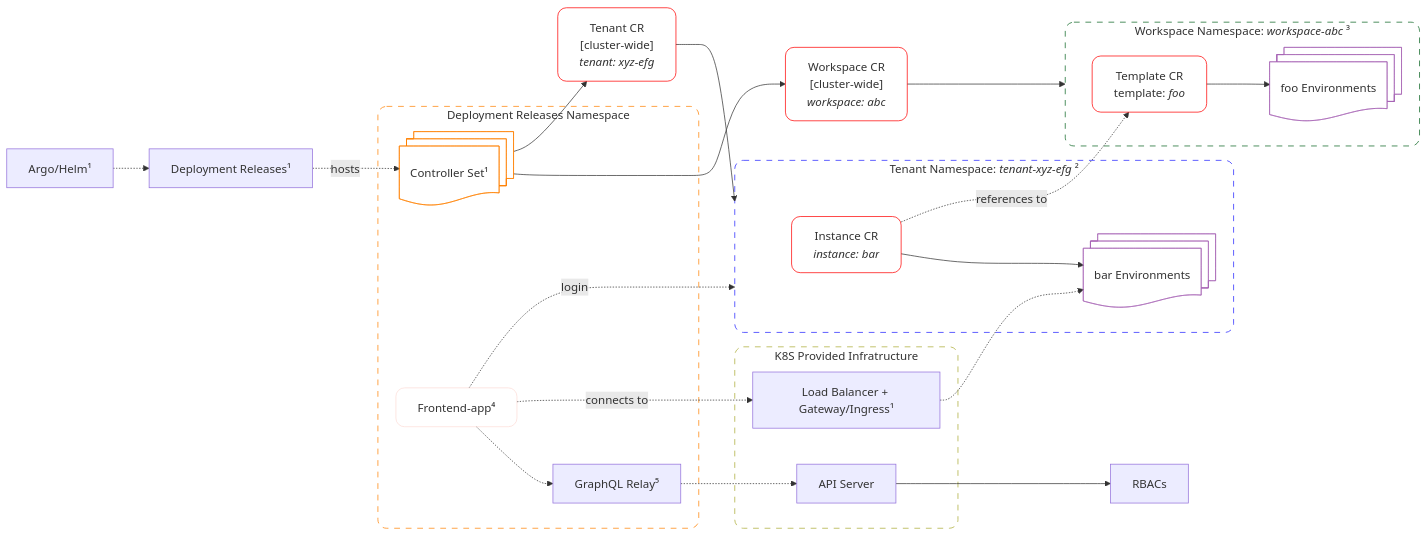
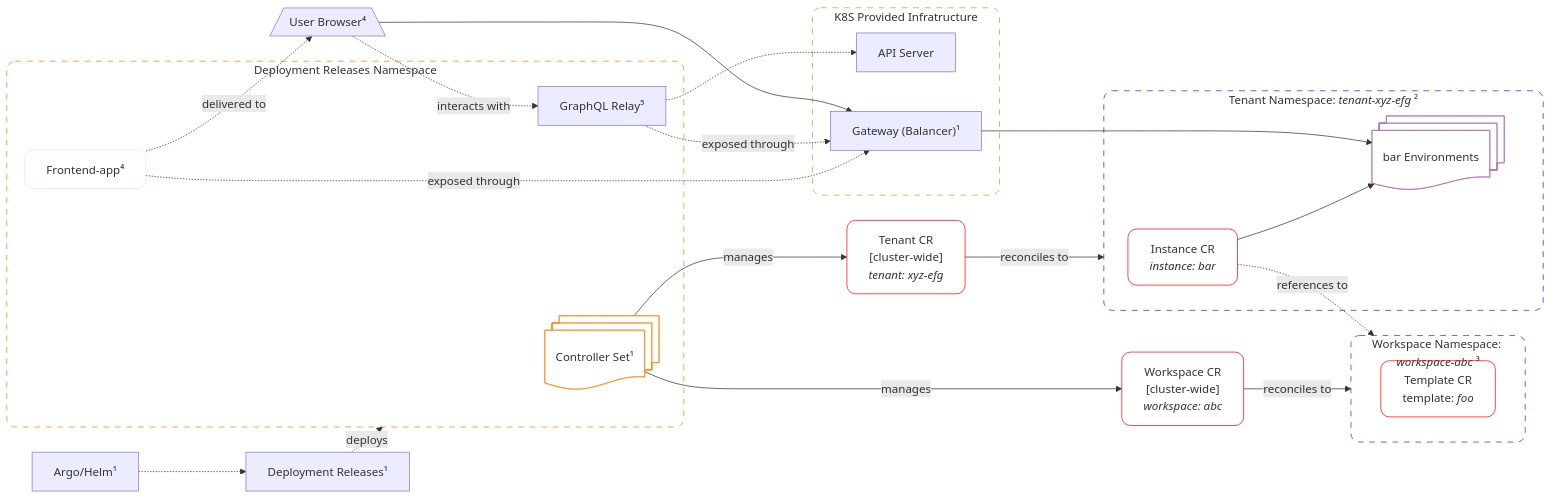
Before and after one commit to netgroup-polito/CrownLabs: the second of 8 diagrams in BIGPICTURE.md, drawn with Mermaid. The commit also changed other lines of this file, not shown here.

````diff
--- a/BIGPICTURE.md
+++ b/BIGPICTURE.md
@@ -43,70 +21,71 @@
 ```mermaid
 flowchart LR
 
+%% Cells
 Argo["Argo/Helm¹"]
 Releases["Deployment Releases¹"]
+User@{shape: trap-b, label: "User Browser⁴"}
+
+%% subgraphs
 subgraph ReleasesNS["Deployment Releases Namespace"]
     Controllers@{shape: docs, label: "Controller Set¹"}
     Frontend["Frontend-app⁴"]:::FrontendStyle
     GraphQL["GraphQL Relay⁵"]
-
-    Frontend .-> GraphQL
 end
 WorkspaceCR["`Workspace CR
     [cluster-wide]
     _workspace: abc_`"]:::CustomResourceStyle
-Controllers --> WorkspaceCR
+Controllers -- manages --> WorkspaceCR
 subgraph WorkspaceNS["`Workspace Namespace: _workspace-abc_ ³`"]
+    direction LR
     TemplateCR["`Template CR
         template: _foo_`"]:::CustomResourceStyle
-    TemplateEnv@{shape: docs, label: "foo Environments"}
-
-    TemplateCR --> TemplateEnv
 end
 TenantCR["`Tenant CR
     [cluster-wide]
     _tenant: xyz-efg_`"]:::CustomResourceStyle
-Controllers --> TenantCR
+Controllers -- manages --> TenantCR
 subgraph TenantNS["`Tenant Namespace: _tenant-xyz-efg_ ²`"]
     InstanceCR["`Instance CR
         _instance: bar_`"]:::CustomResourceStyle
     InstanceEnv@{shape: docs, label: "bar Environments"}
 
     InstanceCR --> InstanceEnv
 end
 subgraph K8S["K8S Provided Infratructure"]
     APIServer["API Server"]
-    GWAPI["Load Balancer + Gateway/Ingress¹"]
+    GWAPI["Gateway (Balancer)¹"]
 end
-RBAC["RBACs"]
 
 Argo .-> Releases
-Releases -. hosts .-> Controllers
-Frontend -. login .-> TenantNS
-Frontend -. connects to .-> GWAPI
+Releases -. deploys .-> ReleasesNS
+Frontend -. exposed through .-> GWAPI
+Frontend -. delivered to .-> User
+GraphQL -. exposed through .-> GWAPI
 GraphQL .-> APIServer
-GWAPI .-> InstanceEnv
-WorkspaceCR --> WorkspaceNS
+GWAPI ---> InstanceEnv
+WorkspaceCR -- reconciles to --> WorkspaceNS
 InstanceCR -. references to .-> TemplateCR
-TenantCR --> TenantNS
-APIServer --> RBAC
+TenantCR -- reconciles to --> TenantNS
+User --> GWAPI
+User -. interacts with .-> GraphQL
 
 classDef ControllerStyle stroke:#FF8000,rx:12,ry:12,fill:none
 classDef WorkspaceStyle stroke:#0A6522,rx:12,ry:12,fill:none
 classDef CustomResourceStyle stroke:#FF0000,rx:12,ry:12,fill:none
 classDef TenantStyle stroke:#2222FF,rx:12,ry:12,fill:none
 classDef EnvironmentStyle stroke:#A865B5,rx:12,ry:12,fill:none
 classDef FrontendStyle stroke:#FDDCD7,rx:12,ry:12,fill:none
 
 classDef GenericDomainStyle fill:none,rx:12,ry:12,stroke-dasharray:8
 classDef WorkspaceNSStyle stroke:#0A6522,rx:12,ry:12,fill:none,stroke-dasharray:8
 classDef TenantNSStyle stroke:#2222FF,rx:12,ry:12,fill:none,stroke-dasharray:8
 classDef ReleasesNSStyle stroke:#FF8000,rx:12,ry:12,fill:none,stroke-dasharray:8
 
 class K8S GenericDomainStyle
 class ReleasesNS ReleasesNSStyle
 class Controllers ControllerStyle
 class WorkspaceNS WorkspaceNSStyle
 class TemplateEnv,InstanceEnv EnvironmentStyle
 class TenantNS TenantNSStyle
 ```
````
